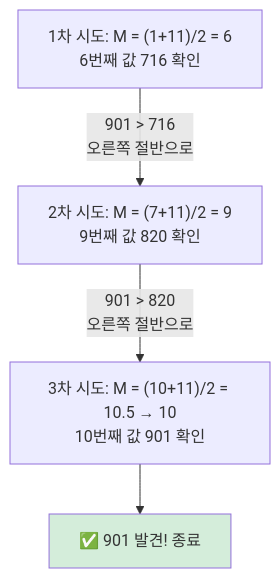
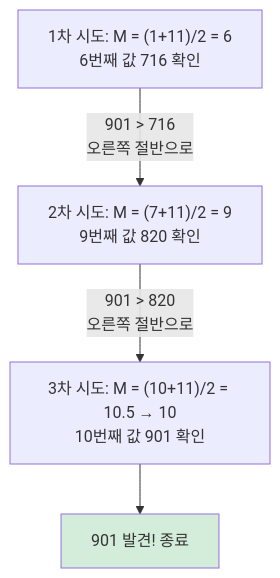
One commit to sungjin-dev/sungjin-dev.github.io changed the fourth of 14 diagrams in _posts/2026-07-17-eip-algorithm-study-4.md. Above: the diagram before and after it, drawn with Mermaid. The commit also changed other lines of this file, not shown here.

````diff
--- a/_posts/2026-07-17-eip-algorithm-study-4.md
+++ b/_posts/2026-07-17-eip-algorithm-study-4.md
@@ -148,7 +148,7 @@
 ```mermaid
 flowchart TD
     A["1차 시도: M = (1+11)/2 = 6<br/>6번째 값 716 확인"] -->|"901 > 716<br/>오른쪽 절반으로"| B["2차 시도: M = (7+11)/2 = 9<br/>9번째 값 820 확인"]
     B -->|"901 > 820<br/>오른쪽 절반으로"| C["3차 시도: M = (10+11)/2 = 10.5 → 10<br/>10번째 값 901 확인"]
-    C --> D["✅ 901 발견! 종료"]
+    C --> D[" 901 발견! 종료"]
     style D fill:#d4edda
 ```
````
